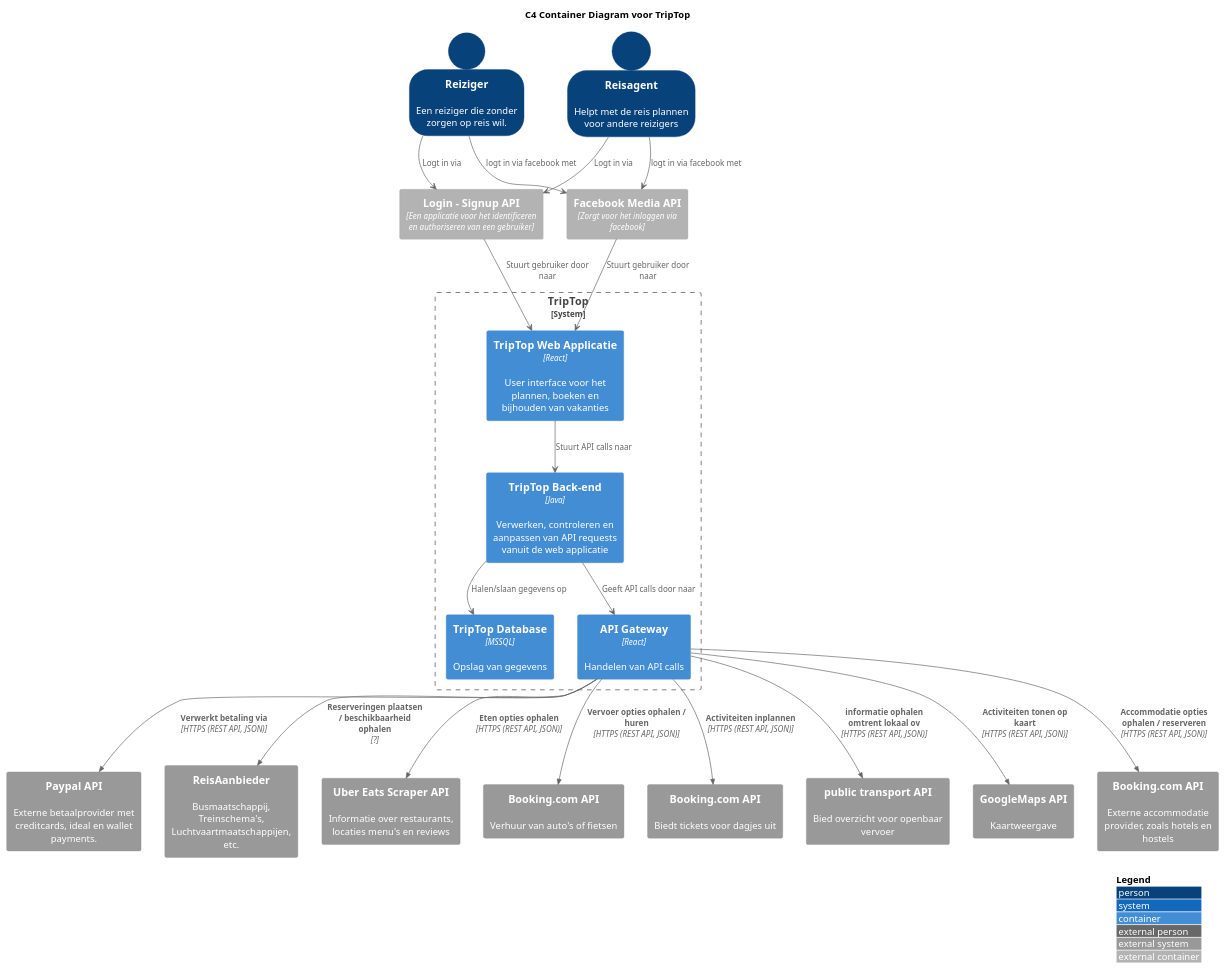
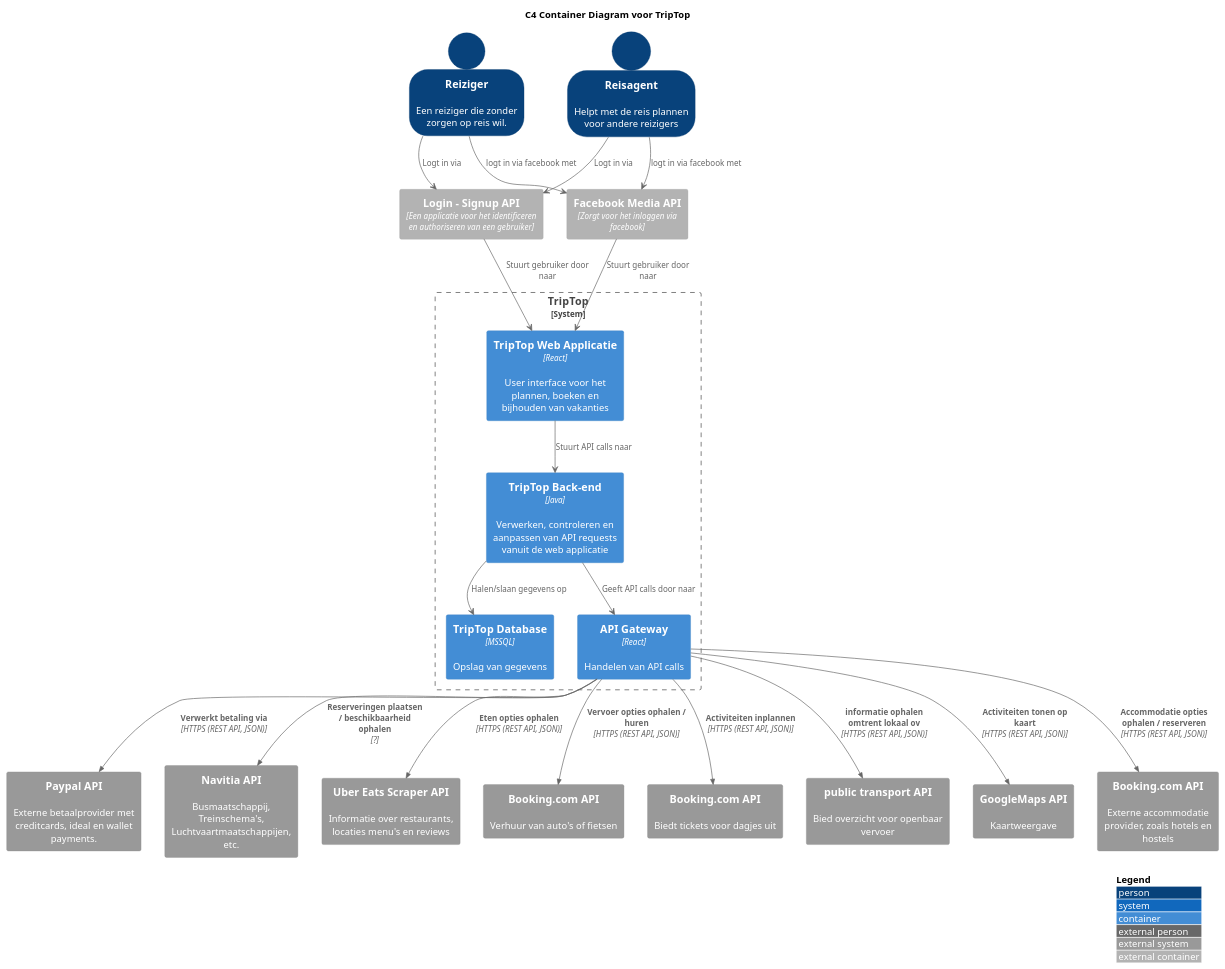
One commit to AIM-ENE-feb25/triptop-jrn changed the diagram in opdracht-diagrammen/ContainerDiagramTripTop.puml. Above: the diagram before and after it, drawn with PlantUML. The commit also changed 3 other files, not shown here.

```diff
--- a/opdracht-diagrammen/ContainerDiagramTripTop.puml
+++ b/opdracht-diagrammen/ContainerDiagramTripTop.puml
@@ -1,68 +1,68 @@
 @startuml
 
 !include https://raw.githubusercontent.com/plantuml-stdlib/C4-PlantUML/master/C4_Context.puml
 !include <C4/C4_Container>
 
 title C4 Container Diagram voor TripTop
 
 LAYOUT_WITH_LEGEND()
 
 SHOW_PERSON_OUTLINE()
 
 ' Definieer personen
 Person(Reiziger, "Reiziger", "Een reiziger die zonder zorgen op reis wil.")
 Person(Reisagent, "Reisagent", "Helpt met de reis plannen voor andere reizigers")
 
 ' Definieer externe container voor IdentityProvider
 Container_Ext(id, "Login - Signup API", "Een applicatie voor het identificeren en authoriseren van een gebruiker")
 Container_Ext(FbLogin, "Facebook Media API", "Zorgt voor het inloggen via facebook")
 
 ' Definieer de interne systemen binnen de TripTop boundary
 System_Boundary(triptop_core, "TripTop") {
     Container(triptop, "TripTop Web Applicatie", "React", "User interface voor het plannen, boeken en bijhouden van vakanties")
     Container(backend, "TripTop Back-end", "Java", "Verwerken, controleren en aanpassen van API requests vanuit de web applicatie")
     Container(db, "TripTop Database", "MSSQL", "Opslag van gegevens")
     Container(gateway, "API Gateway", "React", "Handelen van API calls")
 }
 
 ' Definieer externe systemen
 System_Ext(betaalsysteem, "Paypal API", "Externe betaalprovider met creditcards, ideal en wallet payments.")
-System_Ext(reisAanbieder, "ReisAanbieder", "Busmaatschappij, Treinschema's, Luchtvaartmaatschappijen, etc.")
+System_Ext(reisAanbieder, "Navitia API", "Busmaatschappij, Treinschema's, Luchtvaartmaatschappijen, etc.")
 System_Ext(etenAanbieder, "Uber Eats Scraper API", "Informatie over restaurants, locaties menu's en reviews")
 System_Ext(AutoAanbieder, "Booking.com API", "Verhuur van auto's of fietsen")
 System_Ext(Dagbesteding, "Booking.com API", "Biedt tickets voor dagjes uit")
 System_Ext(Ov, "public transport API", "Bied overzicht voor openbaar vervoer")
 System_Ext(GoogleMaps, "GoogleMaps API", "Kaartweergave")
 System_Ext(accommodatieAanbieder, "Booking.com API", "Externe accommodatie provider, zoals hotels en hostels")
 
 ' Definieer relaties
 Reiziger --> id : "Logt in via"
 Reisagent --> id : "Logt in via"
 Reiziger -->FbLogin : "logt in via facebook met"
 Reisagent -->FbLogin : "logt in via facebook met"
 
 id --> triptop : "Stuurt gebruiker door naar"
 FbLogin --> triptop : "Stuurt gebruiker door naar"
 
 triptop --> backend : "Stuurt API calls naar"
 backend --> db : "Halen/slaan gegevens op"
 backend --> gateway : "Geeft API calls door naar"
 
 Rel(gateway, betaalsysteem, "Verwerkt betaling via", "HTTPS (REST API, JSON)")
 Rel(gateway, reisAanbieder, "Reserveringen plaatsen / beschikbaarheid ophalen", "?")
 Rel(gateway, etenAanbieder, "Eten opties ophalen", "HTTPS (REST API, JSON)")
 Rel(gateway, AutoAanbieder, "Vervoer opties ophalen / huren", "HTTPS (REST API, JSON)")
 Rel(gateway, Dagbesteding, "Activiteiten inplannen", "HTTPS (REST API, JSON)")
 Rel(gateway, GoogleMaps, "Activiteiten tonen op kaart", "HTTPS (REST API, JSON)")
 Rel(gateway, accommodatieAanbieder, "Accommodatie opties ophalen / reserveren", "HTTPS (REST API, JSON)")
 Rel(gateway, Ov, "informatie ophalen omtrent lokaal ov", "HTTPS (REST API, JSON)")
 
 ' keuzes:
 ' geen bezoeker, moet altijd inloggen voor gebruik
 ' scraper api uber eats. geen bestel app makkelijk beschikbaar, dit is alleen voor info
 ' transport api niet gedefineerd. Moet verder uitontwikkeld worden of meerdere losse api's worden
 ' meerdere booking.com api's. andere onderdelen van de api's worden aangeroepen. voor clearity zijn dit losse api's
 '
 
 
 @enduml
```
